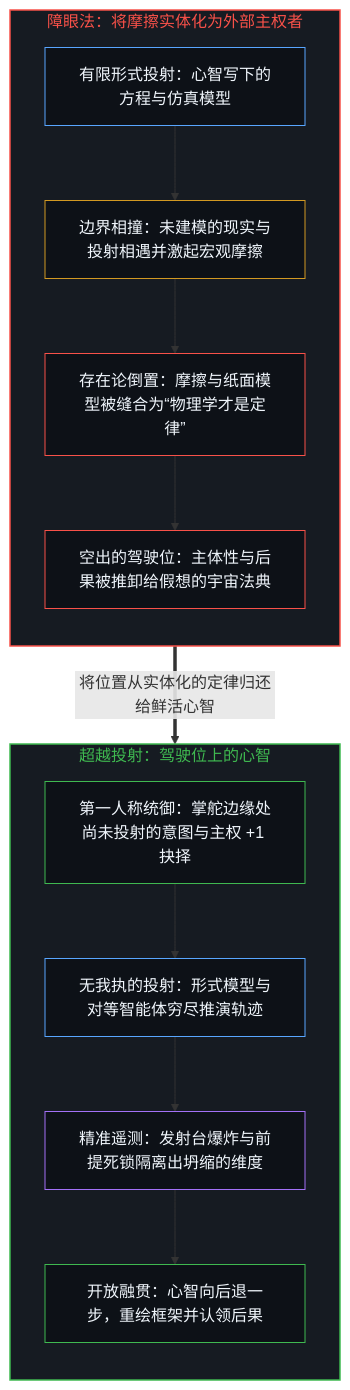
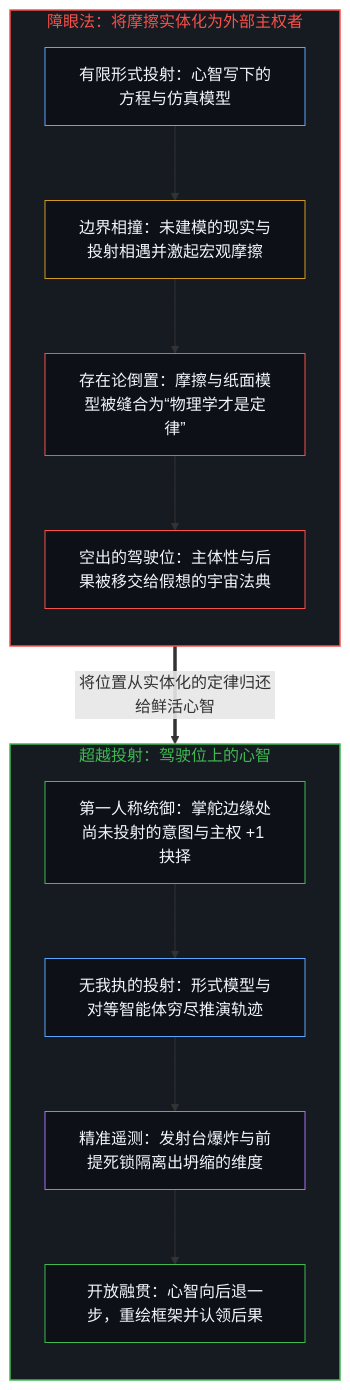
The first of 2 diagrams in content/posts/the-sleight-of-hand-in-physics-is-the-law-and-the-friction-of-reality.md (powerpig99/not-a-toe), drawn with Mermaid before and after one commit. The commit also changed other lines of this file and 27 other files, not shown here.

````diff
--- a/content/posts/the-sleight-of-hand-in-physics-is-the-law-and-the-friction-of-reality.md
+++ b/content/posts/the-sleight-of-hand-in-physics-is-the-law-and-the-friction-of-reality.md
@@ -81,30 +81,30 @@
 ```mermaid
 flowchart TD
     subgraph S_Sleight["障眼法：将摩擦实体化为外部主权者"]
         direction TB
         S1["有限形式投射：心智写下的方程与仿真模型"]
         S2["边界相撞：未建模的现实与投射相遇并激起宏观摩擦"]
         S3["存在论倒置：摩擦与纸面模型被缝合为“物理学才是定律”"]
-        S4["空出的驾驶位：主体性与后果被推卸给假想的宇宙法典"]
+        S4["空出的驾驶位：主体性与后果被移交给假想的宇宙法典"]
         S1 --> S2 --> S3 --> S4
     end
     subgraph S_Driver["超越投射：驾驶位上的心智"]
         direction TB
         D1["第一人称统御：掌舵边缘处尚未投射的意图与主权 +1 抉择"]
         D2["无我执的投射：形式模型与对等智能体穷尽推演轨迹"]
         D3["精准遥测：发射台爆炸与前提死锁隔离出坍缩的维度"]
         D4["开放融贯：心智向后退一步，重绘框架并认领后果"]
         D1 --> D2 --> D3 --> D4
     end
     S4 ==>|"将位置从实体化的定律归还给鲜活心智"| D1
     style S_Sleight fill:#161b22,stroke:#f85149,stroke-width:1.5px,color:#f85149
     style S_Driver fill:#161b22,stroke:#3fb950,stroke-width:1.5px,color:#3fb950
     style S1 fill:#0d1117,stroke:#58a6ff,stroke-width:1px,color:#f0f6fc
     style S2 fill:#0d1117,stroke:#d29922,stroke-width:1px,color:#f0f6fc
     style S3 fill:#0d1117,stroke:#f85149,stroke-width:1px,color:#f0f6fc
     style S4 fill:#0d1117,stroke:#f85149,stroke-width:1px,color:#f0f6fc
     style D1 fill:#0d1117,stroke:#3fb950,stroke-width:1px,color:#f0f6fc
     style D2 fill:#0d1117,stroke:#58a6ff,stroke-width:1px,color:#f0f6fc
     style D3 fill:#0d1117,stroke:#a371f7,stroke-width:1px,color:#f0f6fc
     style D4 fill:#0d1117,stroke:#3fb950,stroke-width:1px,color:#f0f6fc
 ```
````
